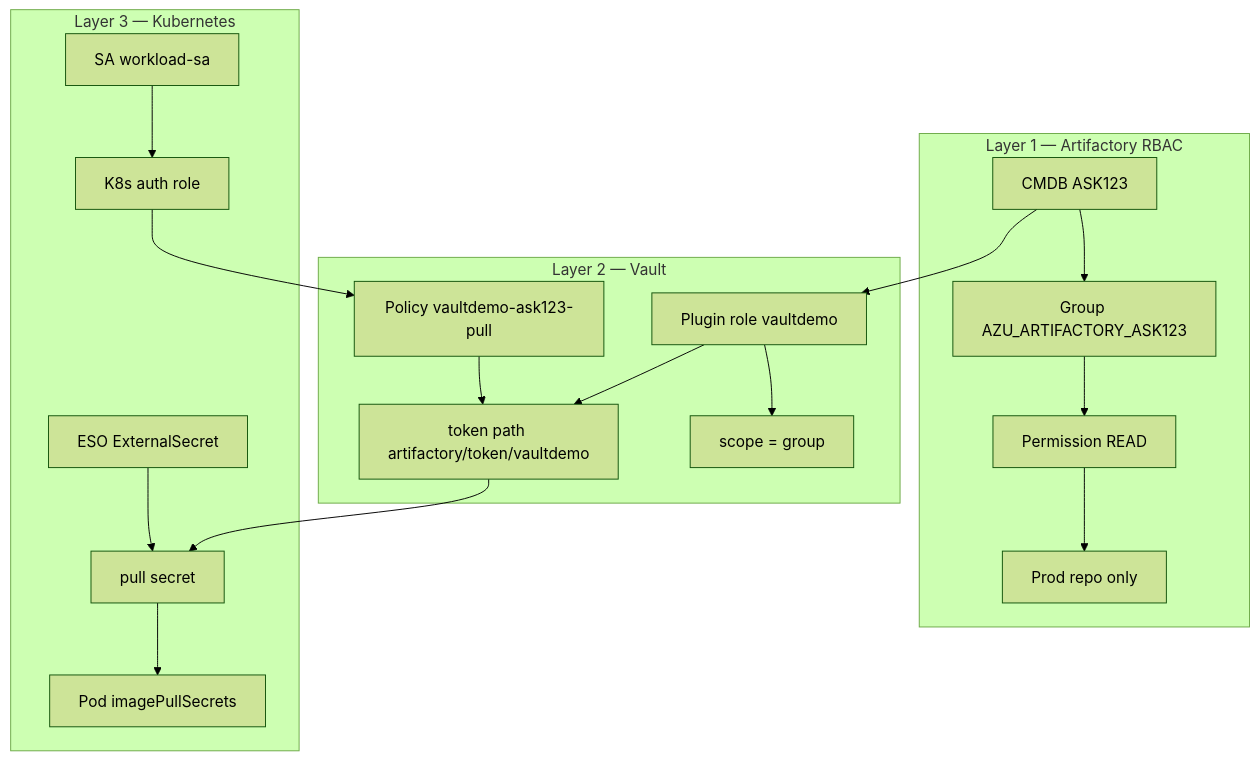
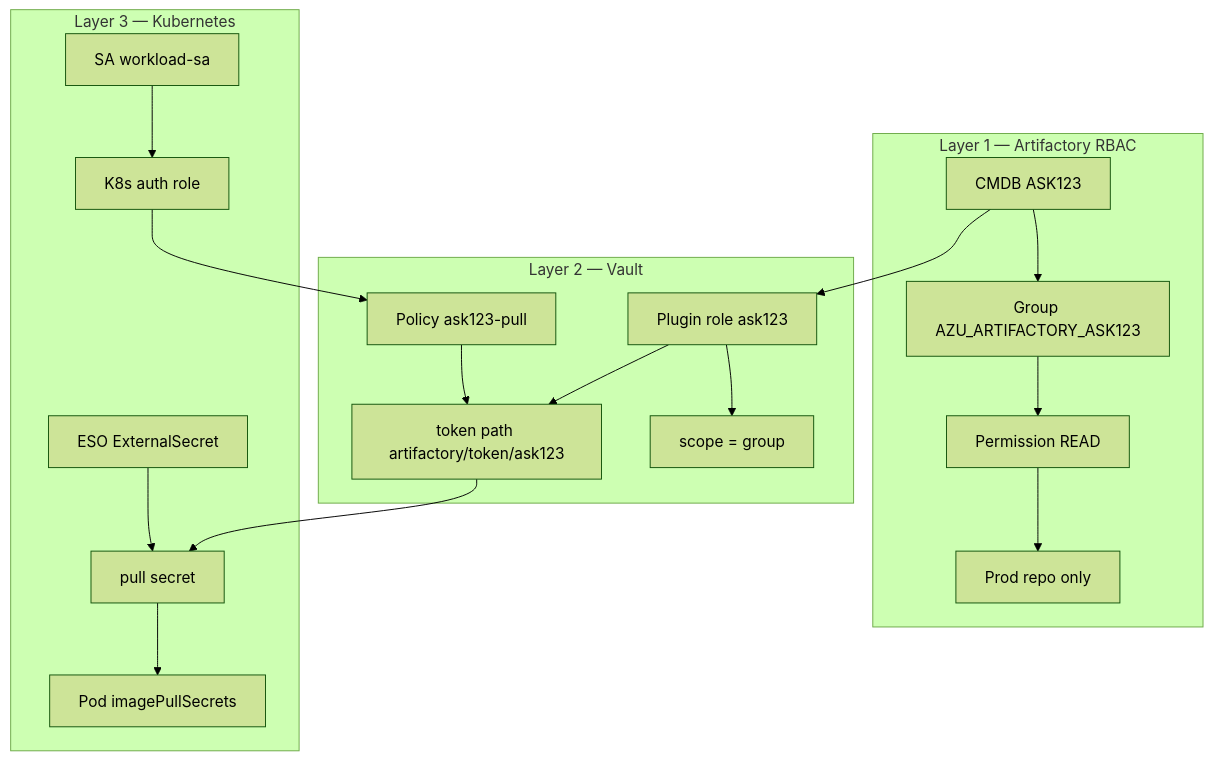
One commit to tomjfrog/vault-artifactory-lab changed the seventh of 7 diagrams in docs/visual-architecture.md. Above: the diagram before and after it, drawn with Mermaid (forest theme). The commit also changed other lines of this file and 32 other files, not shown here.

````diff
--- a/docs/visual-architecture.md
+++ b/docs/visual-architecture.md
@@ -378,24 +343,24 @@
 ```mermaid
 flowchart TB
     subgraph L1["Layer 1 — Artifactory RBAC"]
         CMDB1["CMDB ASK123"] --> G1["Group AZU_ARTIFACTORY_ASK123"]
         G1 --> PT1["Permission READ"]
         PT1 --> REPO1["Prod repo only"]
     end
 
     subgraph L2["Layer 2 — Vault"]
-        CMDB1 --> VR1["Plugin role vaultdemo"]
+        CMDB1 --> VR1["Plugin role ask123"]
         VR1 --> S1["scope = group"]
-        VR1 --> PATH1["token path artifactory/token/vaultdemo"]
-        POL1["Policy vaultdemo-ask123-pull"] --> PATH1
+        VR1 --> PATH1["token path artifactory/token/ask123"]
+        POL1["Policy ask123-pull"] --> PATH1
     end
 
     subgraph L3["Layer 3 — Kubernetes"]
         SA1["SA workload-sa"] --> KAUTH1["K8s auth role"]
         KAUTH1 --> POL1
         ESO1["ESO ExternalSecret"] --> SEC1["pull secret"]
         SEC1 --> POD1["Pod imagePullSecrets"]
     end
 
     PATH1 --> SEC1
 ```
````
